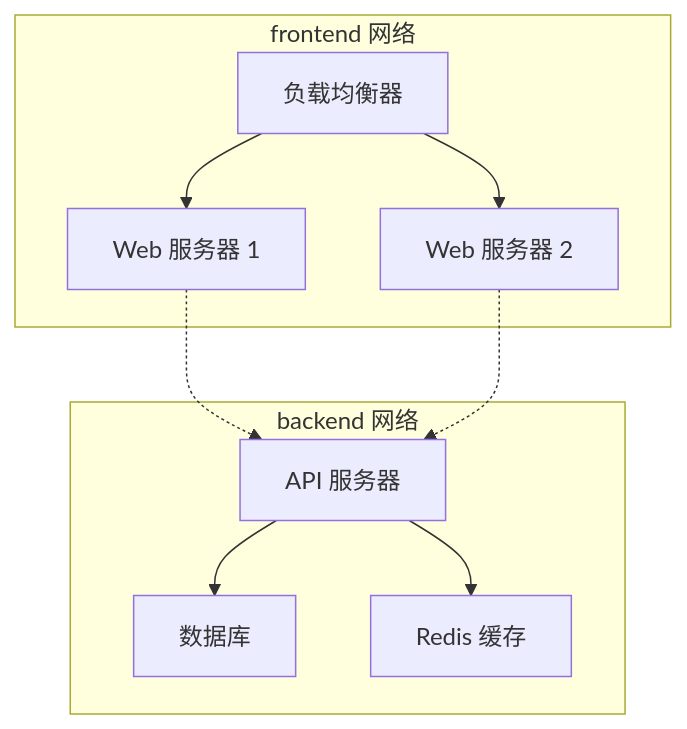
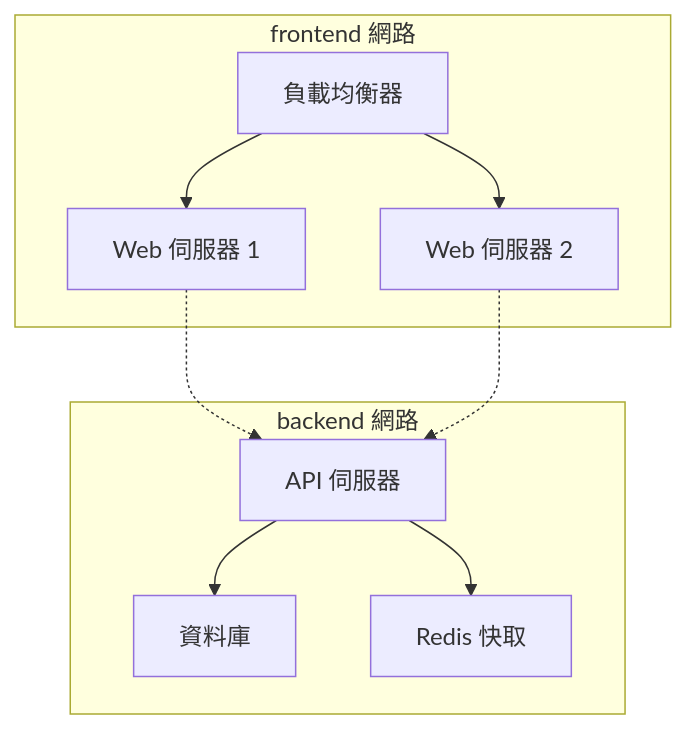
One commit to alexkuoecity/docker-practice-master-zh-tw changed the diagram in 09_network/9.6_network_isolation.md. Above: the diagram before and after it, drawn with Mermaid. The commit also changed other lines of this file and 200 other files, not shown here.

````diff
--- a/09_network/9.6_network_isolation.md
+++ b/09_network/9.6_network_isolation.md
@@ -58,21 +58,21 @@
 ```mermaid
 graph TD
-    subgraph FrontendNet ["frontend 网络"]
-        LB["负载均衡器"]
-        Web1["Web 服务器 1"]
-        Web2["Web 服务器 2"]
+    subgraph FrontendNet ["frontend 網路"]
+        LB["負載均衡器"]
+        Web1["Web 伺服器 1"]
+        Web2["Web 伺服器 2"]
     end
 
-    subgraph BackendNet ["backend 网络"]
-        API["API 服务器"]
-        DB["数据库"]
-        Cache["Redis 缓存"]
+    subgraph BackendNet ["backend 網路"]
+        API["API 伺服器"]
+        DB["資料庫"]
+        Cache["Redis 快取"]
     end
 
     LB --> Web1
     LB --> Web2
     Web1 -.-> API
     Web2 -.-> API
     API --> DB
     API --> Cache
 ```
````
